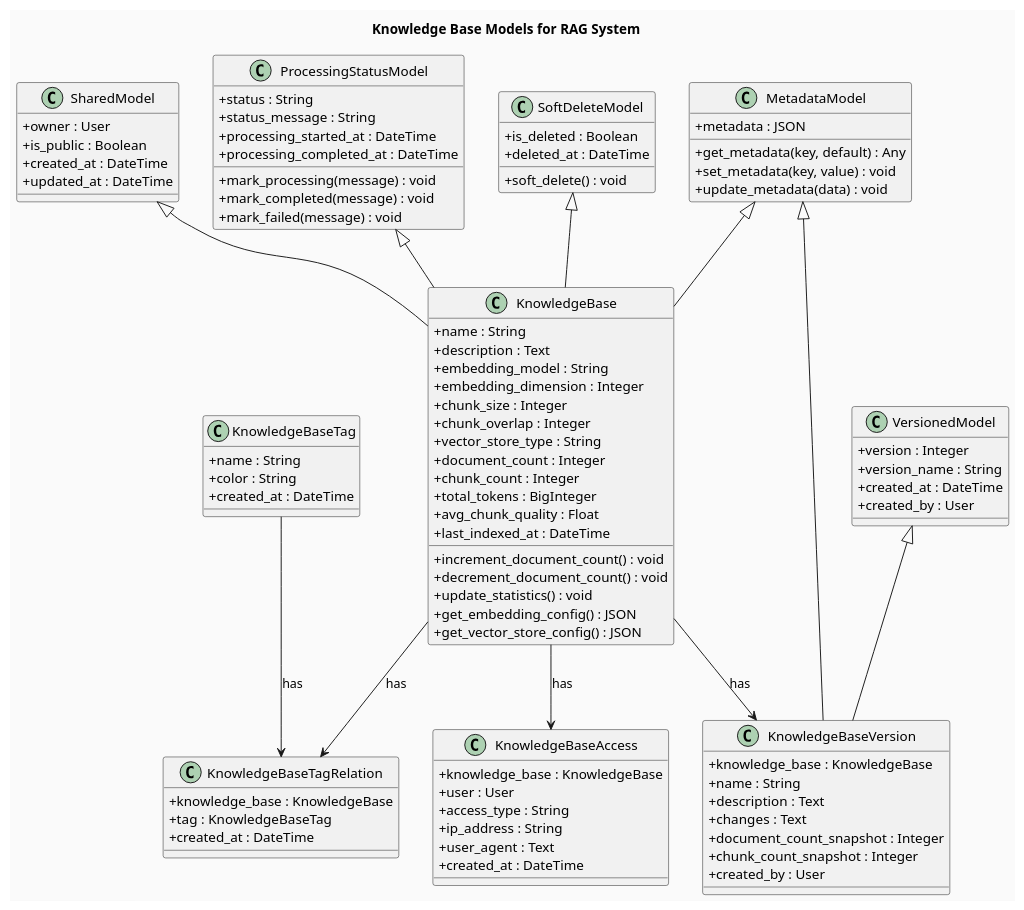
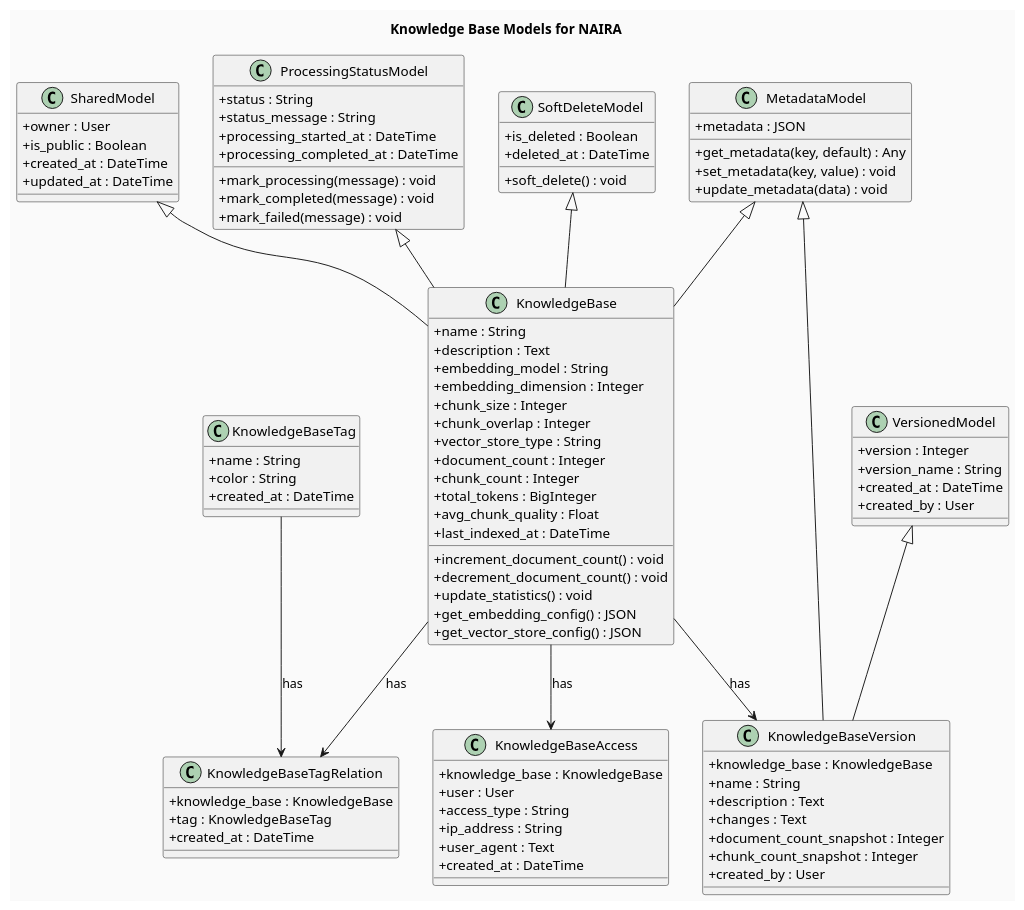
Before and after one commit to Smartappli/NAIRA: the diagram in Diagrams/apps.knowledge_bases.models.puml, drawn with PlantUML. The commit also changed 5 other files, not shown here.

Commit message:
Diagrams updated

```diff
--- a/Diagrams/apps.knowledge_bases.models.puml
+++ b/Diagrams/apps.knowledge_bases.models.puml
@@ -1,116 +1,116 @@
 @startuml
 skinparam backgroundColor #FAFAFA
 skinparam classAttributeIconSize 0
 skinparam classFontSize 14
 skinparam classFontColor #000000
 
-title Knowledge Base Models for RAG System
+title Knowledge Base Models for NAIRA
 
 ' --- Base Classes ---
 class SharedModel {
   + owner : User
   + is_public : Boolean
   + created_at : DateTime
   + updated_at : DateTime
 }
 
 class ProcessingStatusModel {
   + status : String
   + status_message : String
   + processing_started_at : DateTime
   + processing_completed_at : DateTime
   + mark_processing(message) : void
   + mark_completed(message) : void
   + mark_failed(message) : void
 }
 
 class MetadataModel {
   + metadata : JSON
   + get_metadata(key, default) : Any
   + set_metadata(key, value) : void
   + update_metadata(data) : void
 }
 
 class VersionedModel {
   + version : Integer
   + version_name : String
   + created_at : DateTime
   + created_by : User
 }
 
 class SoftDeleteModel {
   + is_deleted : Boolean
   + deleted_at : DateTime
   + soft_delete() : void
 }
 
 ' --- KnowledgeBase Class ---
 class KnowledgeBase {
   + name : String
   + description : Text
   + embedding_model : String
   + embedding_dimension : Integer
   + chunk_size : Integer
   + chunk_overlap : Integer
   + vector_store_type : String
   + document_count : Integer
   + chunk_count : Integer
   + total_tokens : BigInteger
   + avg_chunk_quality : Float
   + last_indexed_at : DateTime
   + increment_document_count() : void
   + decrement_document_count() : void
   + update_statistics() : void
   + get_embedding_config() : JSON
   + get_vector_store_config() : JSON
 }
 
 ' --- KnowledgeBaseTag Class ---
 class KnowledgeBaseTag {
   + name : String
   + color : String
   + created_at : DateTime
 }
 
 ' --- KnowledgeBaseTagRelation Class ---
 class KnowledgeBaseTagRelation {
   + knowledge_base : KnowledgeBase
   + tag : KnowledgeBaseTag
   + created_at : DateTime
 }
 
 ' --- KnowledgeBaseAccess Class ---
 class KnowledgeBaseAccess {
   + knowledge_base : KnowledgeBase
   + user : User
   + access_type : String
   + ip_address : String
   + user_agent : Text
   + created_at : DateTime
 }
 
 ' --- KnowledgeBaseVersion Class ---
 class KnowledgeBaseVersion {
   + knowledge_base : KnowledgeBase
   + name : String
   + description : Text
   + changes : Text
   + document_count_snapshot : Integer
   + chunk_count_snapshot : Integer
   + created_by : User
 }
 
 ' --- Relationships ---
 SharedModel <|-- KnowledgeBase
 ProcessingStatusModel <|-- KnowledgeBase
 MetadataModel <|-- KnowledgeBase
 SoftDeleteModel <|-- KnowledgeBase
 VersionedModel <|-- KnowledgeBaseVersion
 MetadataModel <|-- KnowledgeBaseVersion
 
 KnowledgeBase --> KnowledgeBaseTagRelation : has
 KnowledgeBaseTag --> KnowledgeBaseTagRelation : has
 KnowledgeBase --> KnowledgeBaseAccess : has
 KnowledgeBase --> KnowledgeBaseVersion : has
 
 @enduml
```
